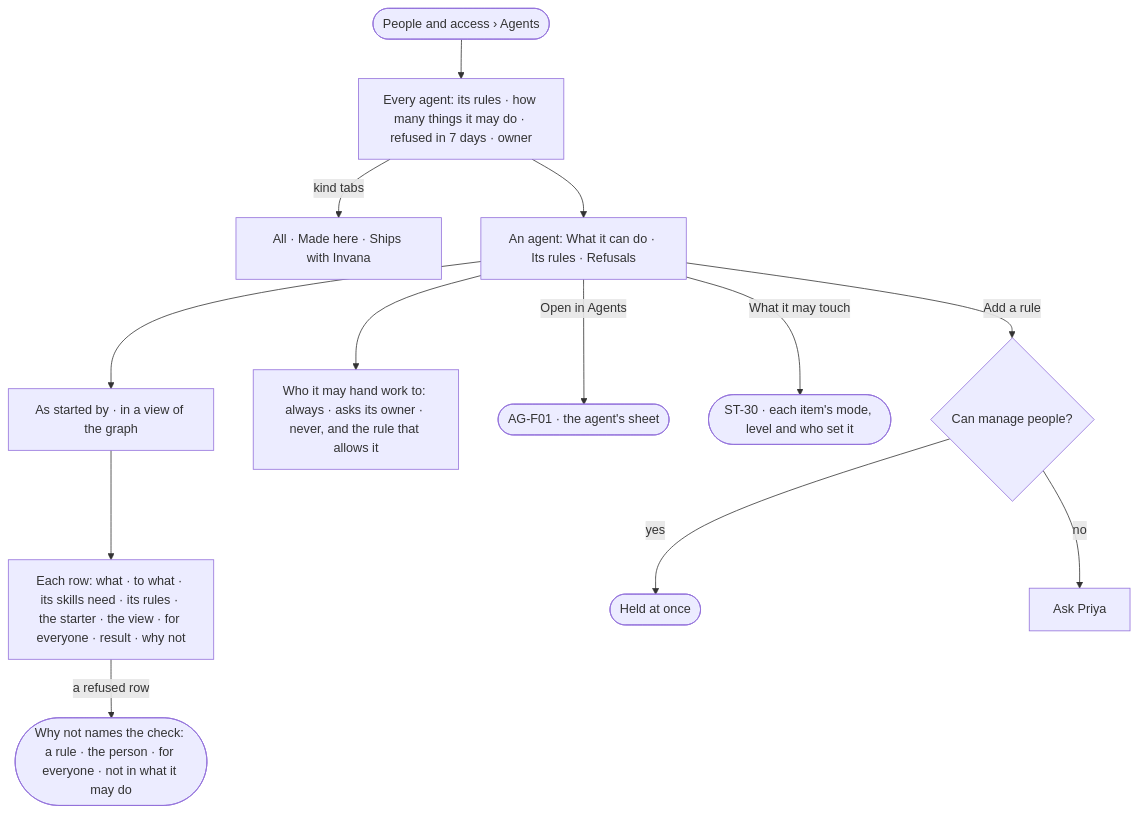
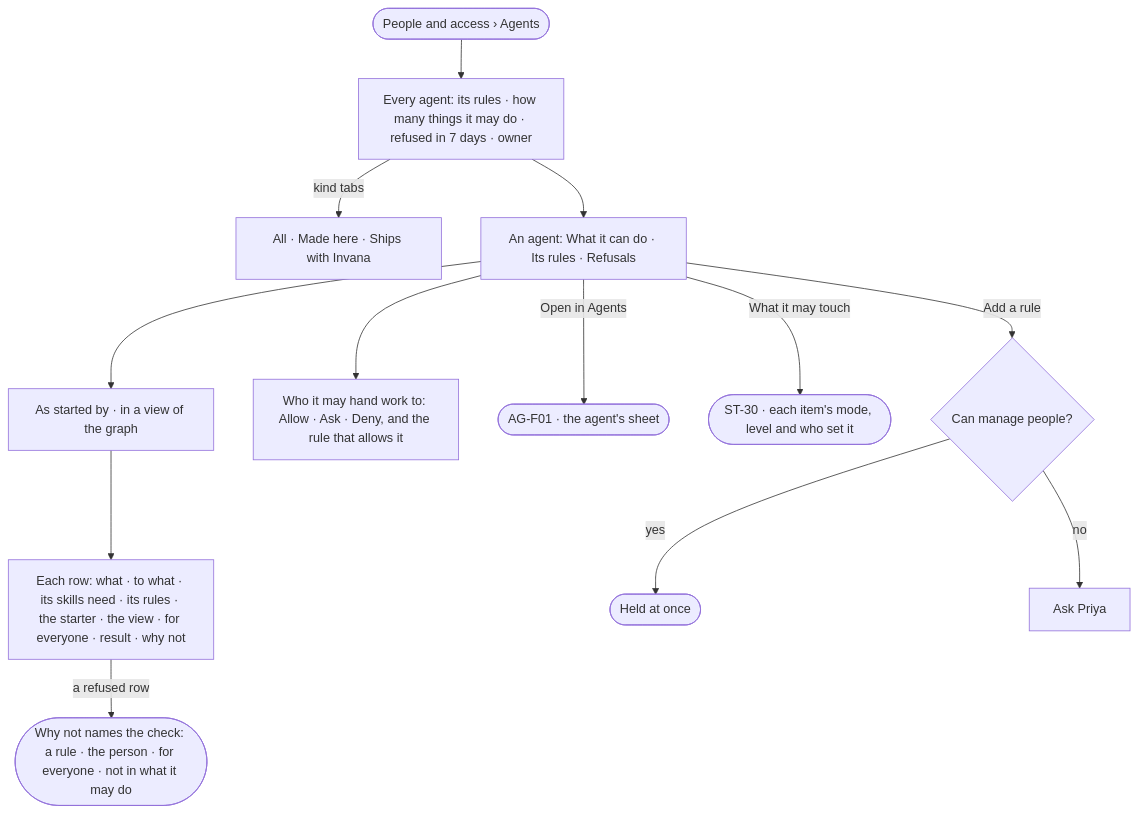
Before and after one commit to invana/invana: the diagram in specs/products/settings/features/ST-F02-people-and-access/stories/ST-07-see-why-an-agent-can-or-cannot/story.md, drawn with Mermaid. The commit also changed other lines of this file and 30 other files, not shown here.

First line of the commit message:
docs: agent modes read Allow · Ask · Deny, set per Graph and per agent

````diff
--- a/specs/products/settings/features/ST-F02-people-and-access/stories/ST-07-see-why-an-agent-can-or-cannot/story.md
+++ b/specs/products/settings/features/ST-F02-people-and-access/stories/ST-07-see-why-an-agent-can-or-cannot/story.md
@@ -27,15 +27,15 @@
 ```mermaid
 flowchart TD
   t([People and access › Agents]) --> l["Every agent: its rules · how many things it may do · refused in 7 days · owner"]
   l -->|kind tabs| k["All · Made here · Ships with Invana"]
   l --> a["An agent: What it can do · Its rules · Refusals"]
   a --> as["As started by · in a view of the graph"]
   as --> m["Each row: what · to what · its skills need · its rules · the starter · the view · for everyone · result · why not"]
   m -->|a refused row| why(["Why not names the check: a rule · the person · for everyone · not in what it may do"])
-  a --> dg["Who it may hand work to: always · asks its owner · never, and the rule that allows it"]
+  a --> dg["Who it may hand work to: Allow · Ask · Deny, and the rule that allows it"]
   a -->|Open in Agents| ag(["AG-F01 · the agent's sheet"])
   a -->|What it may touch| wt(["ST-30 · each item's mode, level and who set it"])
   a -->|Add a rule| at{"Can manage people?"}
   at -->|yes| ok(["Held at once"])
   at -->|no| ask["Ask Priya"]
 ```
````
